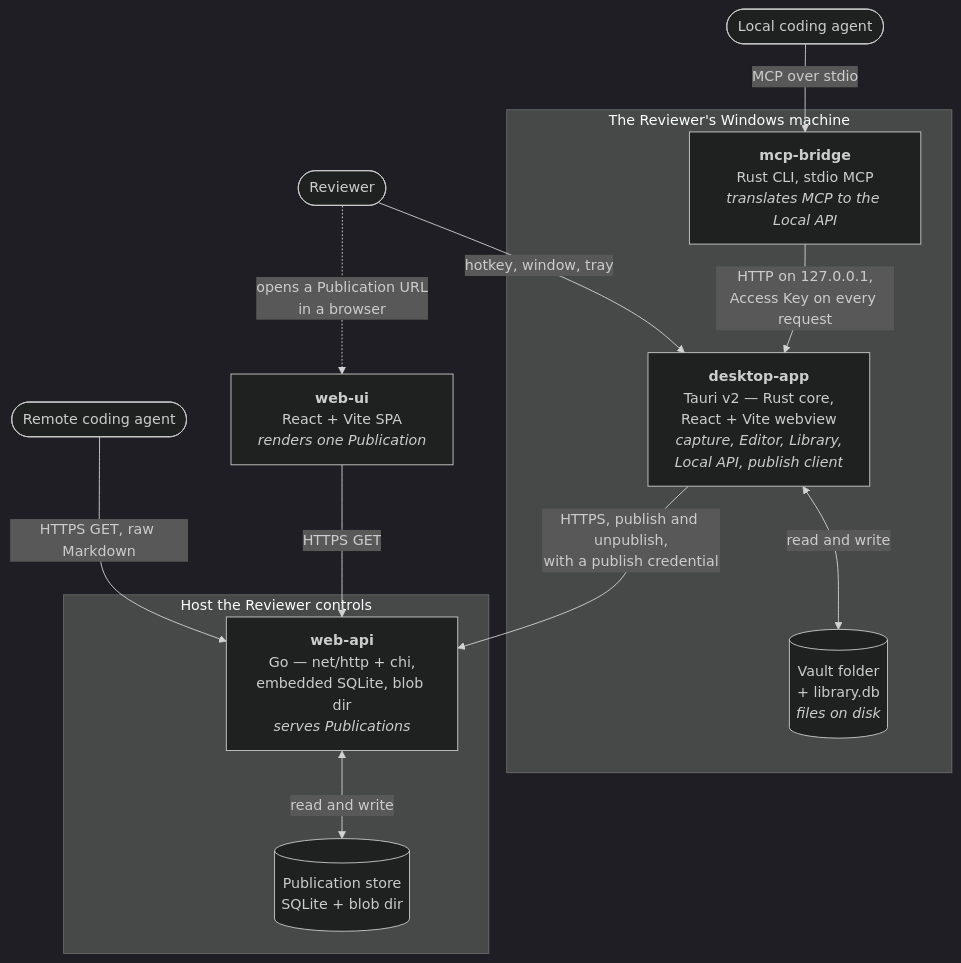
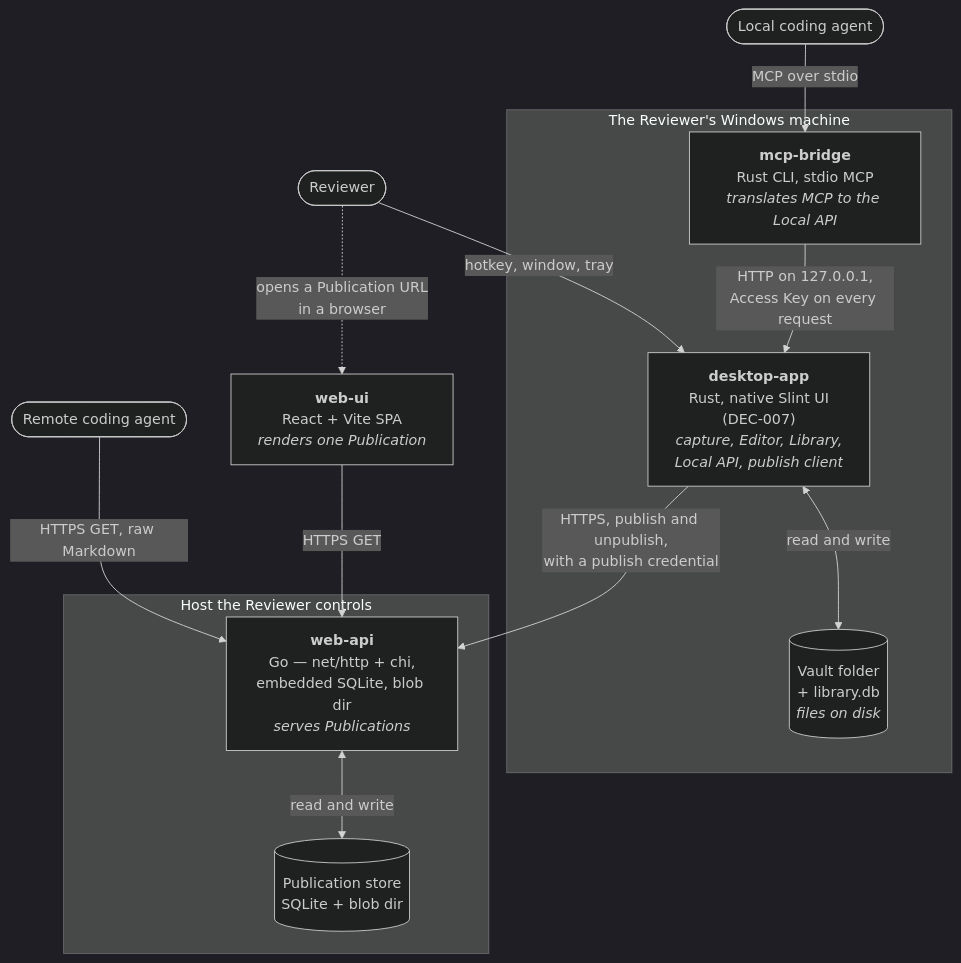
The diagram in .how/_platform/c4-l2-containers.md (wiradigitalid/snapdown), drawn with Mermaid (dark theme) before and after one commit. The commit also changed other lines of this file and 11 other files, not shown here.

````diff
--- a/.how/_platform/c4-l2-containers.md
+++ b/.how/_platform/c4-l2-containers.md
@@ -16,29 +16,29 @@
 ```mermaid
 graph TB
     R(["Reviewer"])
     LA(["Local coding agent"])
     RA(["Remote coding agent"])
 
     subgraph MACHINE["The Reviewer's Windows machine"]
-        DA["<b>desktop-app</b><br/>Tauri v2 — Rust core,<br/>React + Vite webview<br/><i>capture, Editor, Library,<br/>Local API, publish client</i>"]
+        DA["<b>desktop-app</b><br/>Rust, native Slint UI<br/>(DEC-007)<br/><i>capture, Editor, Library,<br/>Local API, publish client</i>"]
         MB["<b>mcp-bridge</b><br/>Rust CLI, stdio MCP<br/><i>translates MCP to the Local API</i>"]
         VAULT[("Vault folder<br/>+ library.db<br/><i>files on disk</i>")]
     end
 
     subgraph HOST["Host the Reviewer controls"]
         WA["<b>web-api</b><br/>Go — net/http + chi,<br/>embedded SQLite, blob dir<br/><i>serves Publications</i>"]
         WSTORE[("Publication store<br/>SQLite + blob dir")]
     end
 
     WU["<b>web-ui</b><br/>React + Vite SPA<br/><i>renders one Publication</i>"]
 
     R -->|"hotkey, window, tray"| DA
     LA -->|"MCP over stdio"| MB
     MB -->|"HTTP on 127.0.0.1,<br/>Access Key on every request"| DA
     DA <-->|"read and write"| VAULT
     DA -->|"HTTPS, publish and unpublish,<br/>with a publish credential"| WA
     WA <-->|"read and write"| WSTORE
     RA -->|"HTTPS GET, raw Markdown"| WA
     R -.->|"opens a Publication URL<br/>in a browser"| WU
     WU -->|"HTTPS GET"| WA
 ```
````
